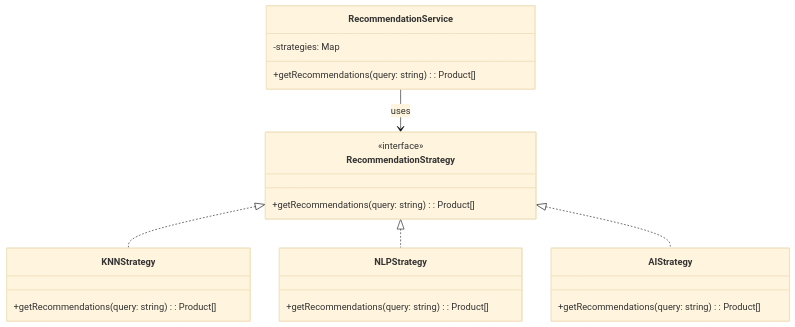
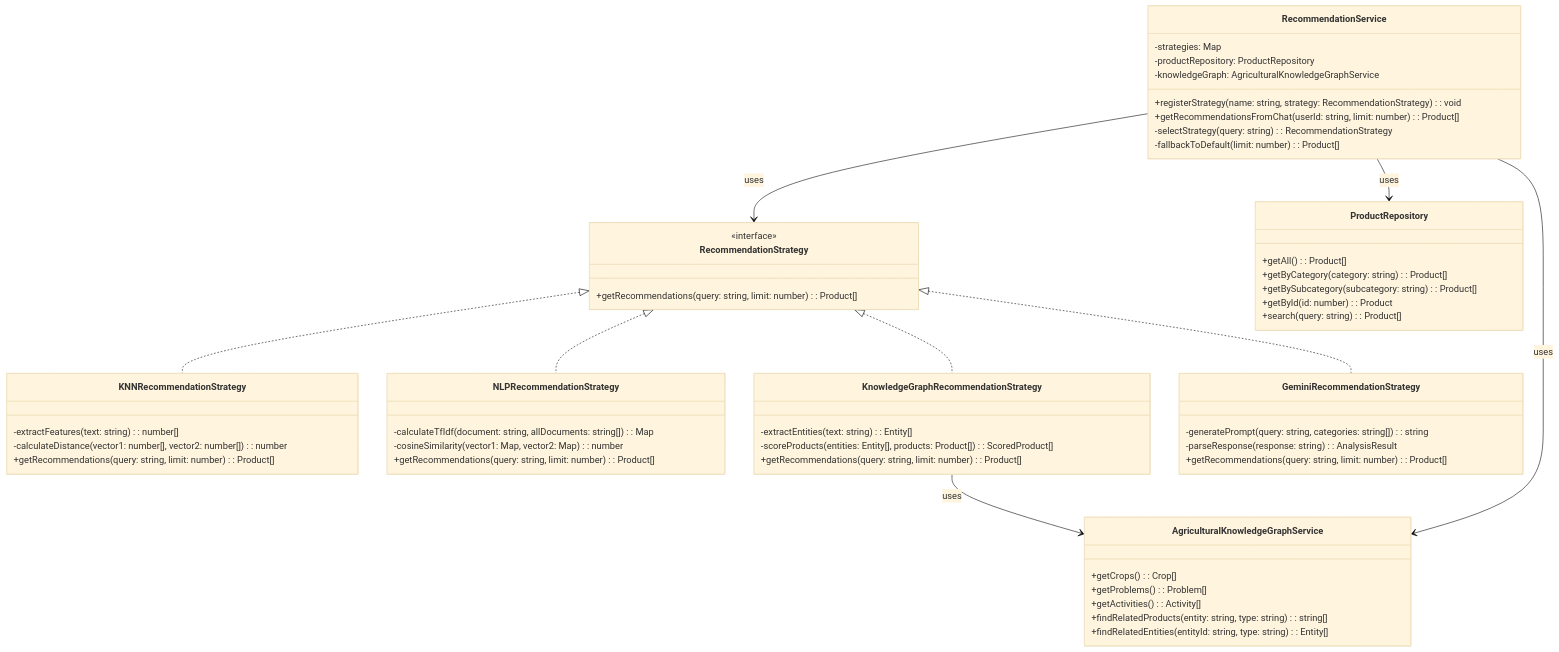
One commit to Gauravkrsah/Cropsay changed the sixth of 7 diagrams in documentation/digram.md. Above: the diagram before and after it, drawn with Mermaid (base theme). The commit also changed other lines of this file, not shown here.

Commit message:
Update diagrams to follow proper UML standards with more accurate system representation

````diff
--- a/documentation/digram.md
+++ b/documentation/digram.md
@@ -184,30 +433,68 @@
 ```mermaid
 classDiagram
     class RecommendationStrategy {
         <<interface>>
-        +getRecommendations(query: string): Product[]
+        +getRecommendations(query: string, limit: number): Product[]
     }
     
-    class KNNStrategy {
-        +getRecommendations(query: string): Product[]
+    class KNNRecommendationStrategy {
+        -extractFeatures(text: string): number[]
+        -calculateDistance(vector1: number[], vector2: number[]): number
+        +getRecommendations(query: string, limit: number): Product[]
     }
     
-    class NLPStrategy {
-        +getRecommendations(query: string): Product[]
+    class NLPRecommendationStrategy {
+        -calculateTfIdf(document: string, allDocuments: string[]): Map<string, number>
+        -cosineSimilarity(vector1: Map<string, number>, vector2: Map<string, number>): number
+        +getRecommendations(query: string, limit: number): Product[]
     }
     
-    class AIStrategy {
-        +getRecommendations(query: string): Product[]
+    class KnowledgeGraphRecommendationStrategy {
+        -extractEntities(text: string): Entity[]
+        -scoreProducts(entities: Entity[], products: Product[]): ScoredProduct[]
+        +getRecommendations(query: string, limit: number): Product[]
+    }
+    
+    class GeminiRecommendationStrategy {
+        -generatePrompt(query: string, categories: string[]): string
+        -parseResponse(response: string): AnalysisResult
+        +getRecommendations(query: string, limit: number): Product[]
     }
     
     class RecommendationService {
         -strategies: Map<string, RecommendationStrategy>
-        +getRecommendations(query: string): Product[]
+        -productRepository: ProductRepository
+        -knowledgeGraph: AgriculturalKnowledgeGraphService
+        +registerStrategy(name: string, strategy: RecommendationStrategy): void
+        +getRecommendationsFromChat(userId: string, limit: number): Product[]
+        -selectStrategy(query: string): RecommendationStrategy
+        -fallbackToDefault(limit: number): Product[]
     }
     
-    RecommendationStrategy <|.. KNNStrategy
-    RecommendationStrategy <|.. NLPStrategy
-    RecommendationStrategy <|.. AIStrategy
+    class ProductRepository {
+        +getAll(): Product[]
+        +getByCategory(category: string): Product[]
+        +getBySubcategory(subcategory: string): Product[]
+        +getById(id: number): Product
+        +search(query: string): Product[]
+    }
+    
+    class AgriculturalKnowledgeGraphService {
+        +getCrops(): Crop[]
+        +getProblems(): Problem[]
+        +getActivities(): Activity[]
+        +findRelatedProducts(entity: string, type: string): string[]
+        +findRelatedEntities(entityId: string, type: string): Entity[]
+    }
+    
+    RecommendationStrategy <|.. KNNRecommendationStrategy
+    RecommendationStrategy <|.. NLPRecommendationStrategy
+    RecommendationStrategy <|.. KnowledgeGraphRecommendationStrategy
+    RecommendationStrategy <|.. GeminiRecommendationStrategy
     
     RecommendationService --> RecommendationStrategy: uses
+    RecommendationService --> ProductRepository: uses
+    RecommendationService --> AgriculturalKnowledgeGraphService: uses
+    
+    KnowledgeGraphRecommendationStrategy --> AgriculturalKnowledgeGraphService: uses
 ```
````
